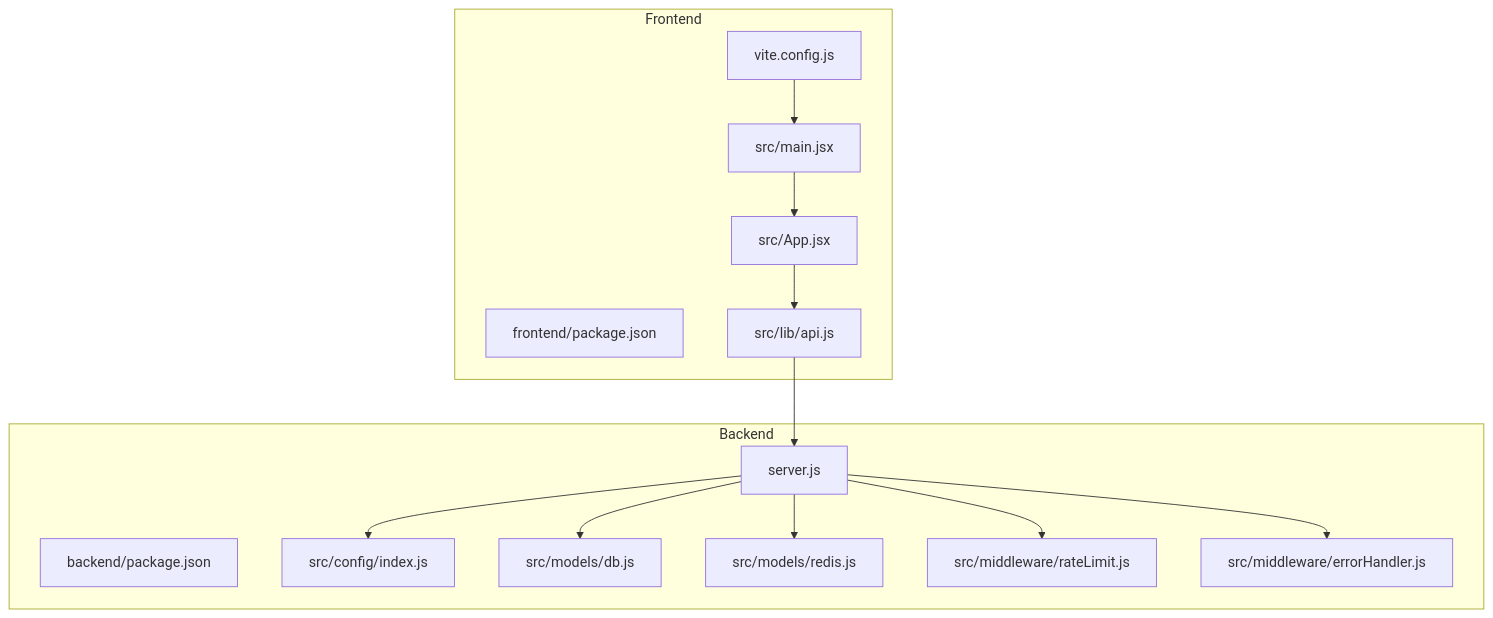
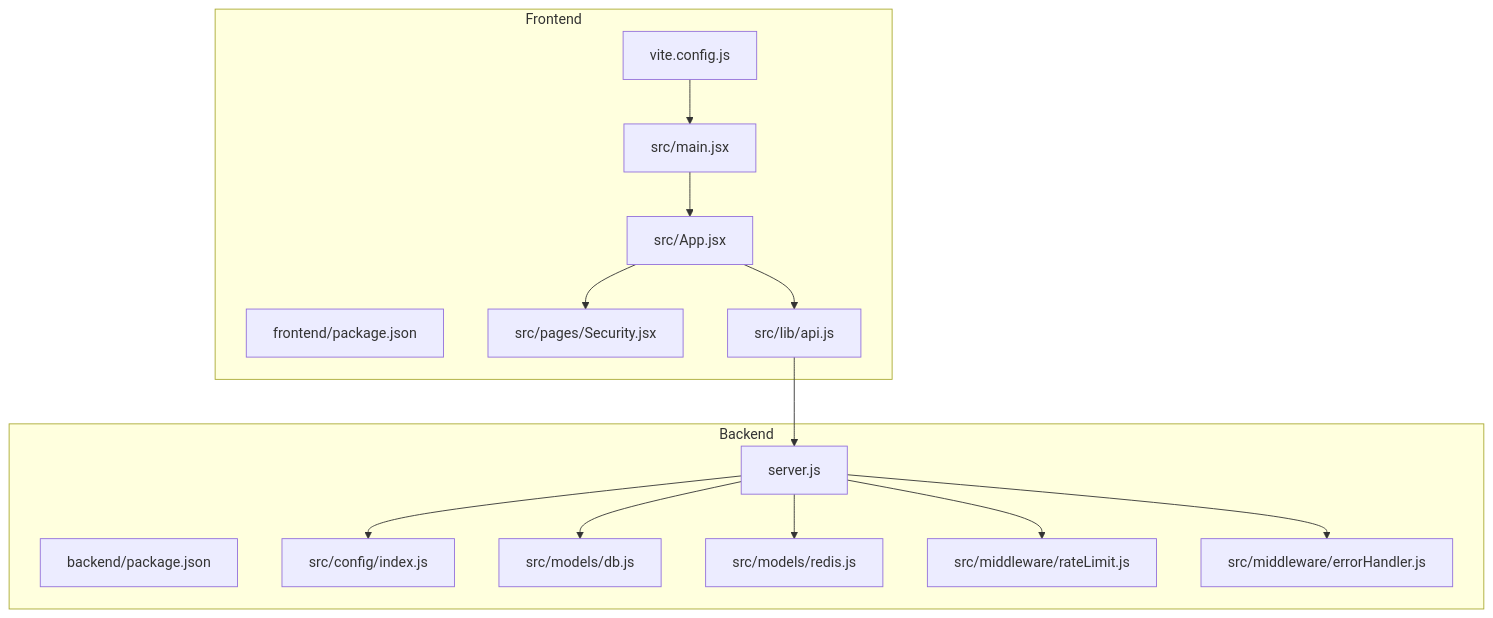
One commit to RunTimeAdmin/AgentID changed the first of 6 diagrams in .qoder/repowiki/en/content/Build & Deployment/Build & Deployment.md. Above: the diagram before and after it, drawn with Mermaid. The commit also changed other lines of this file and 6 other files, not shown here.

````diff
--- a/.qoder/repowiki/en/content/Build & Deployment/Build & Deployment.md
+++ b/.qoder/repowiki/en/content/Build & Deployment/Build & Deployment.md
@@ -54,28 +59,30 @@
 ```mermaid
 graph TB
 subgraph "Backend"
 B_pkg["backend/package.json"]
 B_srv["server.js"]
 B_cfg["src/config/index.js"]
 B_db["src/models/db.js"]
 B_rd["src/models/redis.js"]
 B_rl["src/middleware/rateLimit.js"]
 B_err["src/middleware/errorHandler.js"]
 end
 subgraph "Frontend"
 F_pkg["frontend/package.json"]
 F_vite["vite.config.js"]
 F_main["src/main.jsx"]
 F_app["src/App.jsx"]
+F_security["src/pages/Security.jsx"]
 F_api["src/lib/api.js"]
 end
 F_vite --> F_main
 F_main --> F_app
+F_app --> F_security
 F_app --> F_api
 F_api --> B_srv
 B_srv --> B_cfg
 B_srv --> B_rl
 B_srv --> B_err
 B_srv --> B_db
 B_srv --> B_rd
 ```
````
